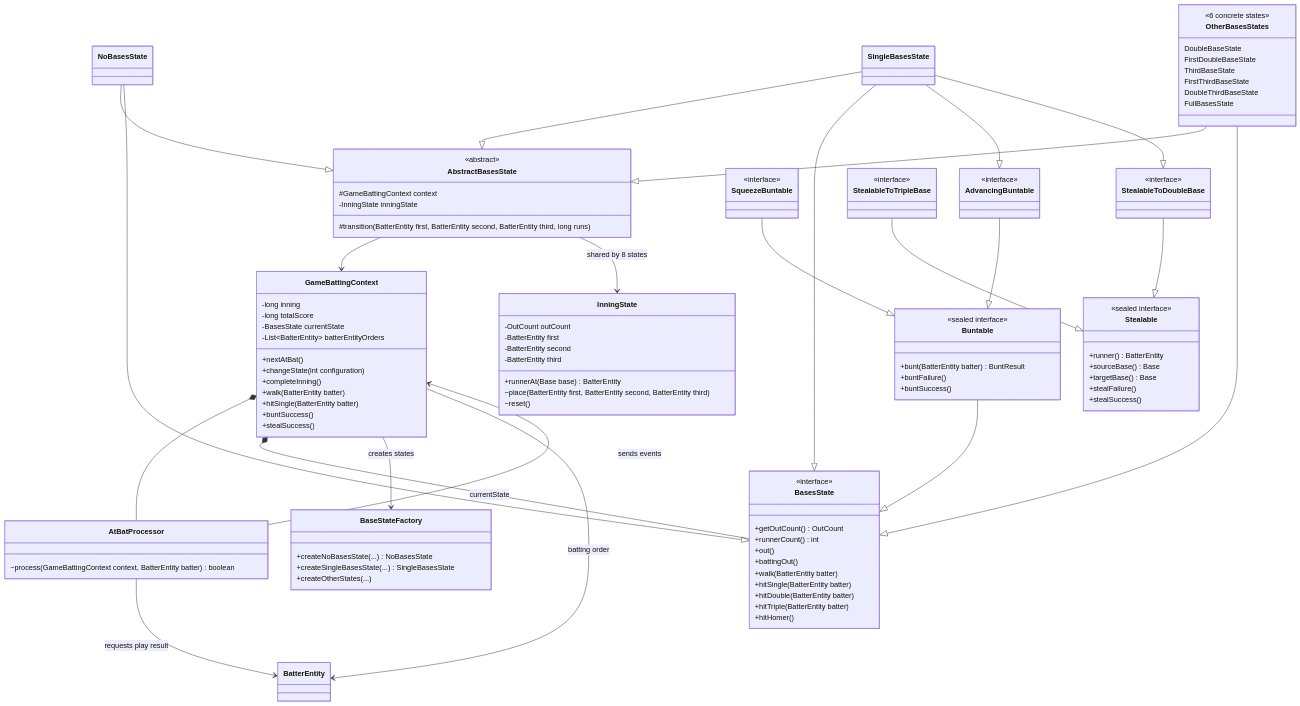
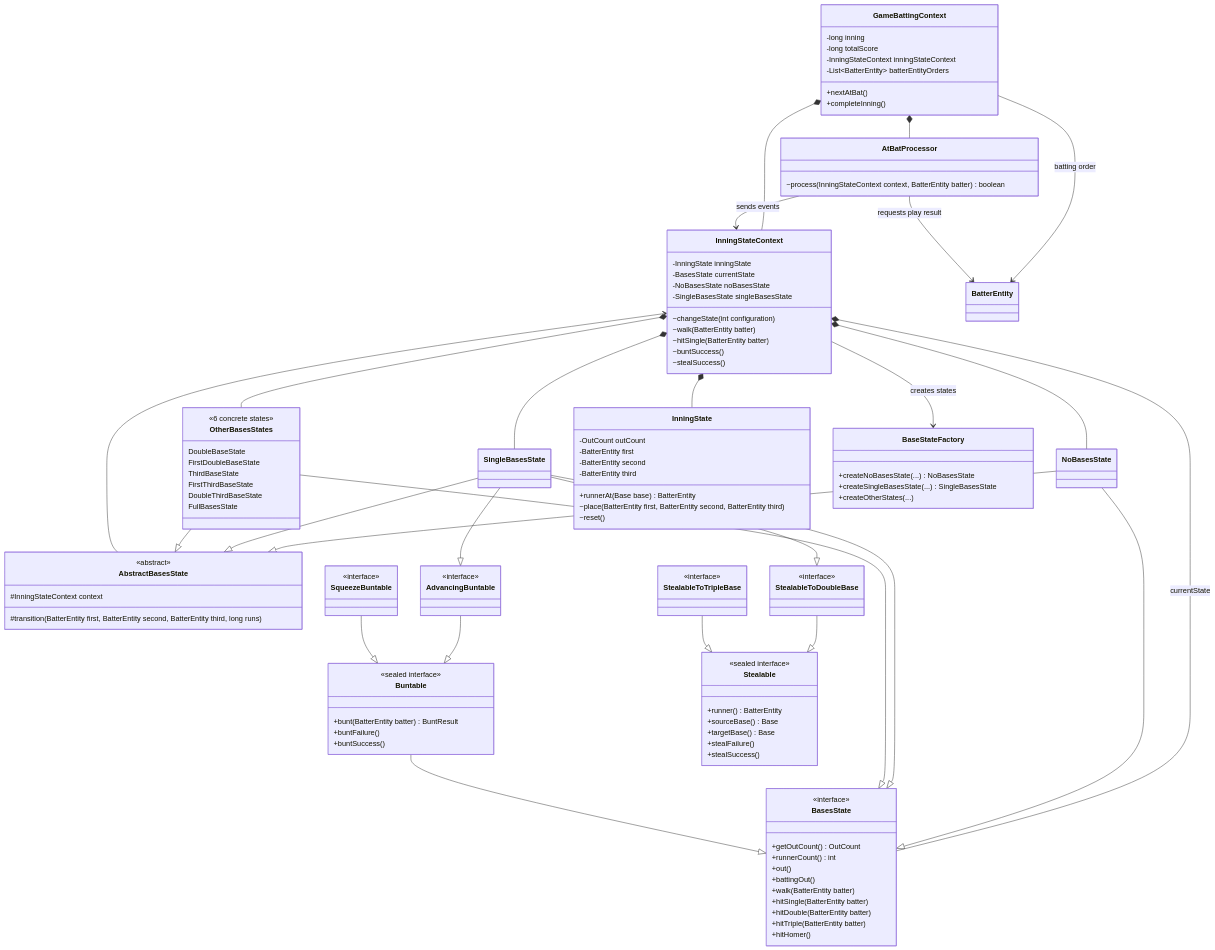
The first of 3 diagrams in apps/simulator/README.md (midetaro/baseball-orders), drawn with Mermaid before and after one commit. The commit also changed other lines of this file and 23 other files, not shown here.

```diff
--- a/apps/simulator/README.md
+++ b/apps/simulator/README.md
@@ -13,19 +13,26 @@
     class GameBattingContext {
         -long inning
         -long totalScore
-        -BasesState currentState
+        -InningStateContext inningStateContext
         -List~BatterEntity~ batterEntityOrders
         +nextAtBat()
-        +changeState(int configuration)
         +completeInning()
-        +walk(BatterEntity batter)
-        +hitSingle(BatterEntity batter)
-        +buntSuccess()
-        +stealSuccess()
     }
 
     class AtBatProcessor {
-        ~process(GameBattingContext context, BatterEntity batter) boolean
+        ~process(InningStateContext context, BatterEntity batter) boolean
+    }
+
+    class InningStateContext {
+        -InningState inningState
+        -BasesState currentState
+        -NoBasesState noBasesState
+        -SingleBasesState singleBasesState
+        ~changeState(int configuration)
+        ~walk(BatterEntity batter)
+        ~hitSingle(BatterEntity batter)
+        ~buntSuccess()
+        ~stealSuccess()
     }
 
     class BasesState {
@@ -43,8 +50,7 @@
 
     class AbstractBasesState {
         <<abstract>>
-        #GameBattingContext context
-        -InningState inningState
+        #InningStateContext context
         #transition(BatterEntity first, BatterEntity second, BatterEntity third, long runs)
     }
 
@@ -104,14 +110,18 @@
     }
 
     GameBattingContext *-- AtBatProcessor
-    GameBattingContext *-- BasesState : currentState
-    GameBattingContext --> BaseStateFactory : creates states
+    GameBattingContext *-- InningStateContext
+    InningStateContext *-- BasesState : currentState
+    InningStateContext *-- NoBasesState
+    InningStateContext *-- SingleBasesState
+    InningStateContext *-- OtherBasesStates
+    InningStateContext *-- InningState
+    InningStateContext --> BaseStateFactory : creates states
     GameBattingContext --> BatterEntity : batting order
-    AtBatProcessor --> GameBattingContext : sends events
+    AtBatProcessor --> InningStateContext : sends events
     AtBatProcessor --> BatterEntity : requests play result
 
-    AbstractBasesState --> GameBattingContext
-    AbstractBasesState --> InningState : shared by 8 states
+    AbstractBasesState --> InningStateContext
     NoBasesState --|> AbstractBasesState
     NoBasesState --|> BasesState
     SingleBasesState --|> AbstractBasesState
```
